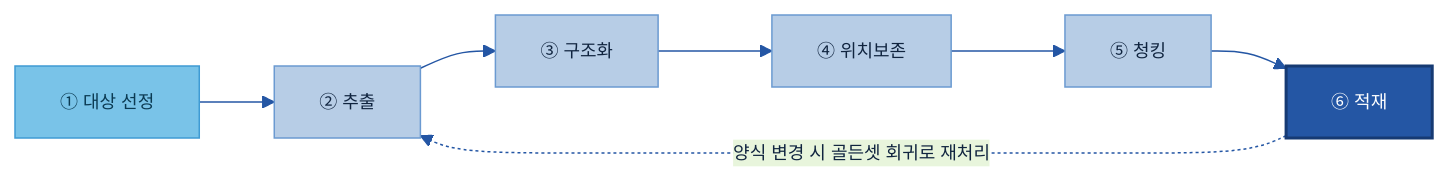
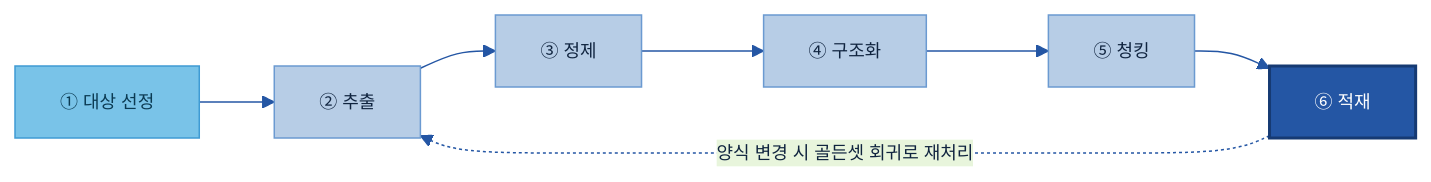
The third of 7 diagrams in 가이드 작성/B-1 데이터 전처리/B-1 데이터 전처리.md (jin-kearney/ai-ready-data-manual), drawn with Mermaid before and after one commit. The commit also changed other lines of this file, not shown here.

First line of the commit message:
docs(B-1): 전처리 4단계 정확화 — 추출→정제→구조화→청킹

````diff
--- a/가이드 작성/B-1 데이터 전처리/B-1 데이터 전처리.md
+++ b/가이드 작성/B-1 데이터 전처리/B-1 데이터 전처리.md
@@ -206,15 +206,15 @@
 ```mermaid
 %%{init: {'theme':'base','themeVariables':{'primaryColor':'#DCE8F5','primaryBorderColor':'#2456A4','primaryTextColor':'#10243f','lineColor':'#2456A4','fontSize':'12px'}}}%%
 flowchart LR
     A1["① 대상 선정"]:::src
     A2["② 추출"]:::n
-    A3["③ 구조화"]:::n
-    A4["④ 위치보존"]:::n
+    A3["③ 정제"]:::n
+    A4["④ 구조화"]:::n
     A5["⑤ 청킹"]:::n
     A6["⑥ 적재"]:::cat
     A1 --> A2 --> A3 --> A4 --> A5 --> A6
     A6 -.양식 변경 시 골든셋 회귀로 재처리.-> A2
     classDef n fill:#B7CDE6,stroke:#6B9AD1,color:#10243f;
     classDef src fill:#79C3E8,stroke:#3F9BD4,color:#0b3a52;
     classDef cat fill:#2456A4,color:#fff,stroke:#163a73,stroke-width:2px;
 ```
````
